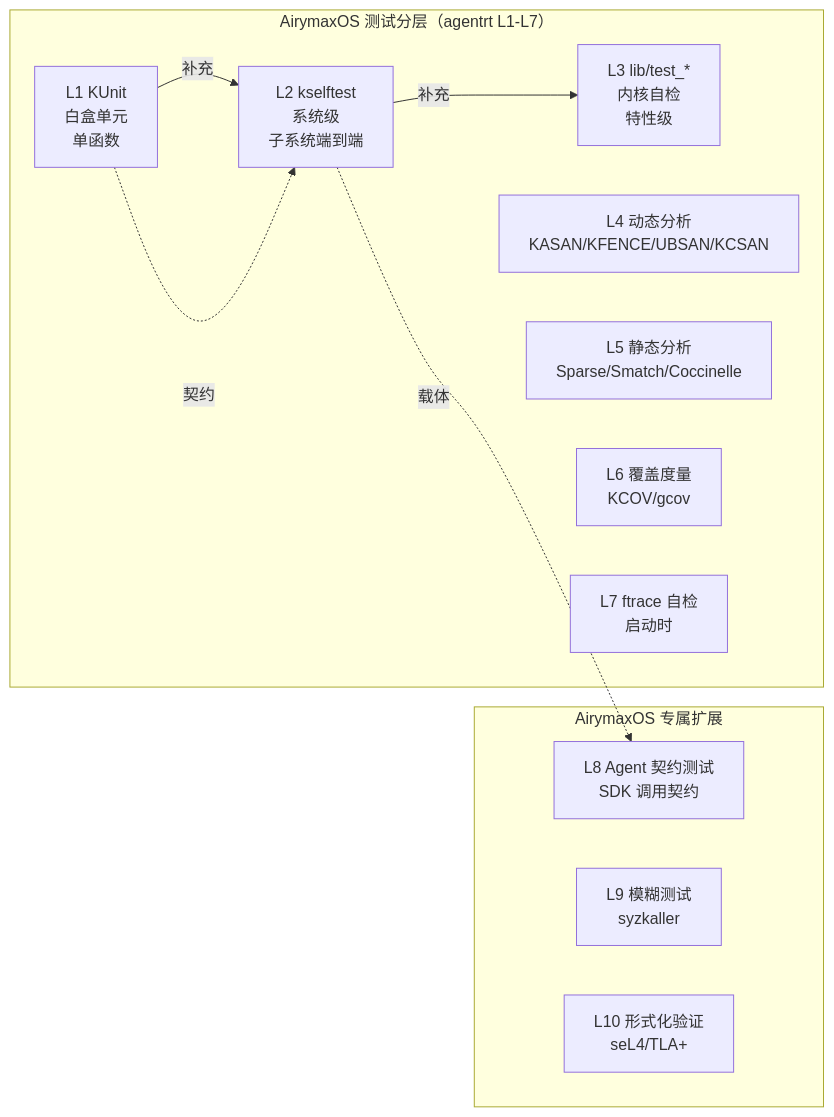
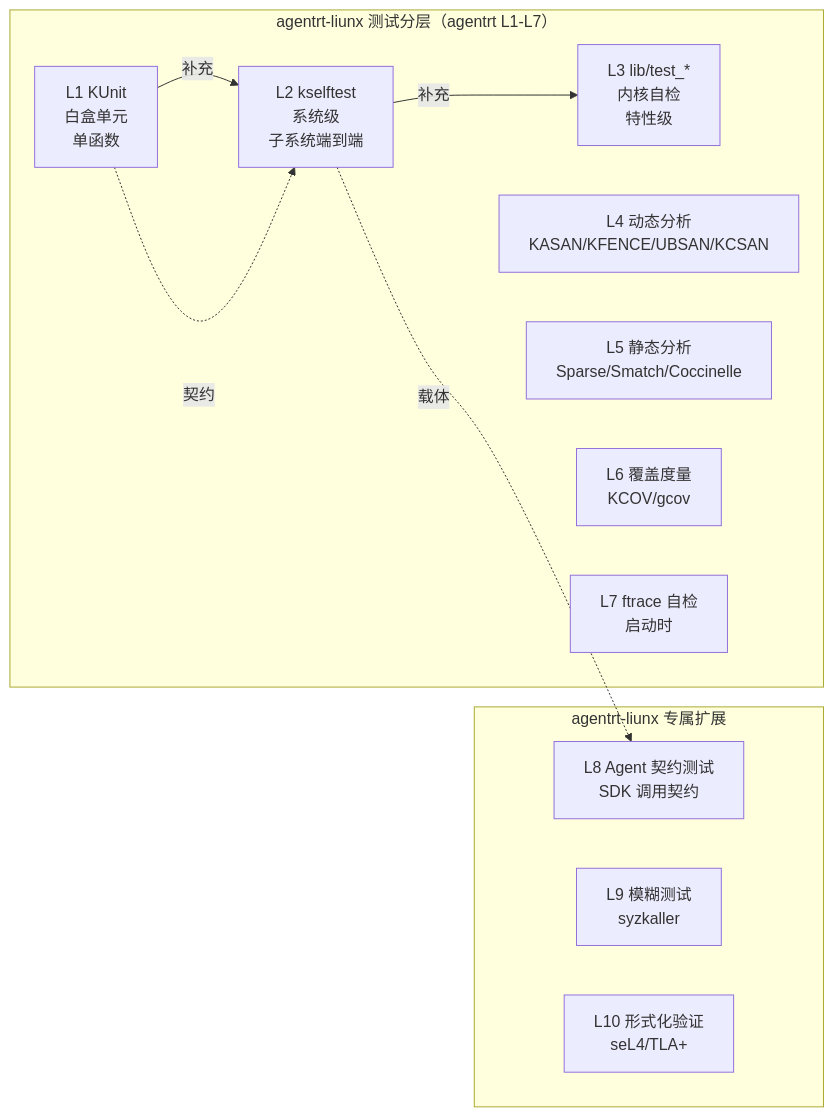
One commit to openairymax/docs changed the second of 2 diagrams in AirymaxAgentOS/80-testing/02-kselftest.md. Above: the diagram before and after it, drawn with Mermaid. The commit also changed other lines of this file and 99 other files, not shown here.

````diff
--- a/AirymaxAgentOS/80-testing/02-kselftest.md
+++ b/AirymaxAgentOS/80-testing/02-kselftest.md
@@ -188,21 +188,21 @@
 ```mermaid
 flowchart LR
-    subgraph "AirymaxOS 测试分层（agentrt L1-L7）"
+    subgraph "agentrt-liunx 测试分层（agentrt L1-L7）"
         L1["L1 KUnit<br/>白盒单元<br/>单函数"]
         L2["L2 kselftest<br/>系统级<br/>子系统端到端"]
         L3["L3 lib/test_*<br/>内核自检<br/>特性级"]
         L4["L4 动态分析<br/>KASAN/KFENCE/UBSAN/KCSAN"]
         L5["L5 静态分析<br/>Sparse/Smatch/Coccinelle"]
         L6["L6 覆盖度量<br/>KCOV/gcov"]
         L7["L7 ftrace 自检<br/>启动时"]
     end
     L1 -->|补充| L2
     L2 -->|补充| L3
     L1 -.->|契约| L2
-    subgraph "AirymaxOS 专属扩展"
+    subgraph "agentrt-liunx 专属扩展"
         L8["L8 Agent 契约测试<br/>SDK 调用契约"]
         L9["L9 模糊测试<br/>syzkaller"]
         L10["L10 形式化验证<br/>seL4/TLA+"]
     end
     L2 -.->|载体| L8
 ```
````
